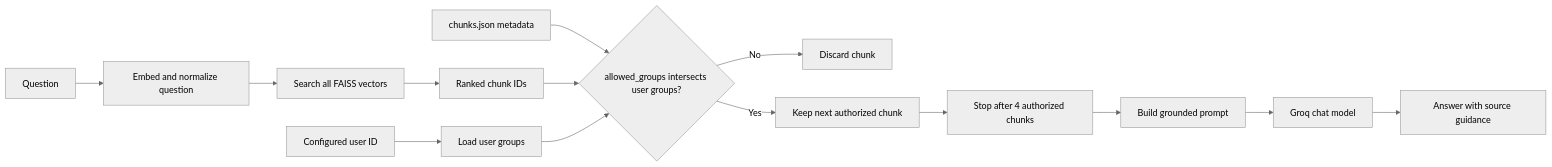
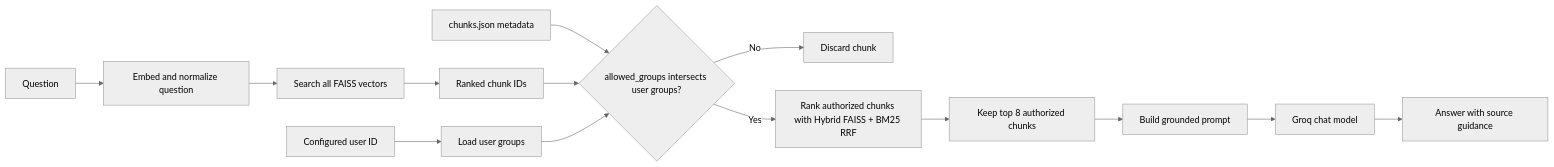
One commit to naren03/KnowledgeGaurd changed the second of 2 diagrams in README.md. Above: the diagram before and after it, drawn with Mermaid (neutral theme). The commit also changed other lines of this file and 16 other files, not shown here.

````diff
--- a/README.md
+++ b/README.md
@@ -29,16 +29,16 @@
 ```mermaid
 flowchart LR
 	Q[Question] --> E[Embed and normalize question]
 	E --> S[Search all FAISS vectors]
 	S --> R[Ranked chunk IDs]
 	U[Configured user ID] --> G[Load user groups]
 	C[chunks.json metadata] --> F{allowed_groups intersects user groups?}
 	R --> F
 	G --> F
 	F -->|No| X[Discard chunk]
-	F -->|Yes| T[Keep next authorized chunk]
-	T --> L[Stop after 4 authorized chunks]
+	F -->|Yes| T[Rank authorized chunks with Hybrid FAISS + BM25 RRF]
+	T --> L[Keep top 8 authorized chunks]
 	L --> P[Build grounded prompt]
 	P --> M[Groq chat model]
 	M --> A[Answer with source guidance]
 ```
````
